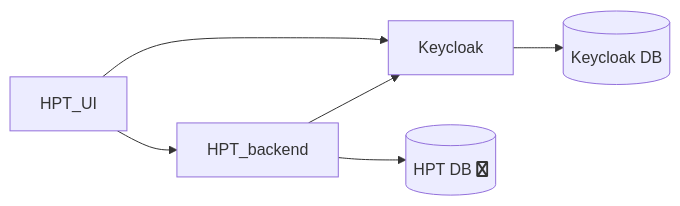
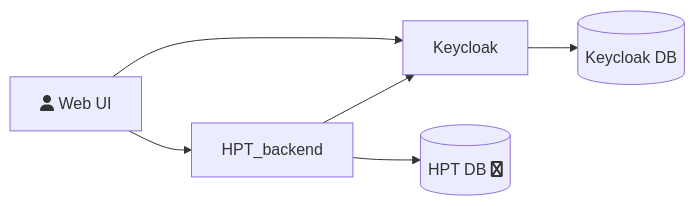
One commit to bastoker/testcontainers-workshop changed the diagram in README.md. Above: the diagram before and after it, drawn with Mermaid.

````diff
--- a/README.md
+++ b/README.md
@@ -21,8 +21,8 @@
 ```mermaid
 graph LR;
-    HPT_UI-->HPT_backend
+    HPT_UI[fa:fa-user Web UI]-->HPT_backend
     HPT_UI-->Keycloak
     HPT_backend-->PostgreSQL_hpt[(HPT DB fa:fa-docker)];
     HPT_backend-->Keycloak;
     Keycloak-->PostgreSQL_keycloak[(Keycloak DB)];
 ```
````
